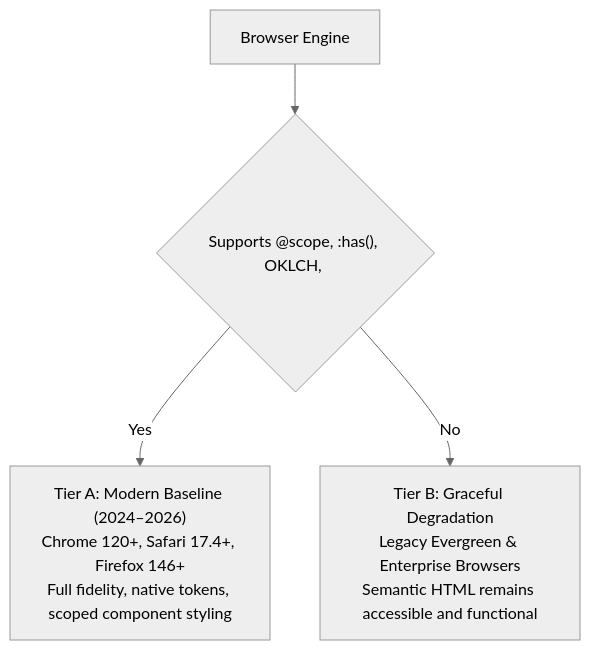
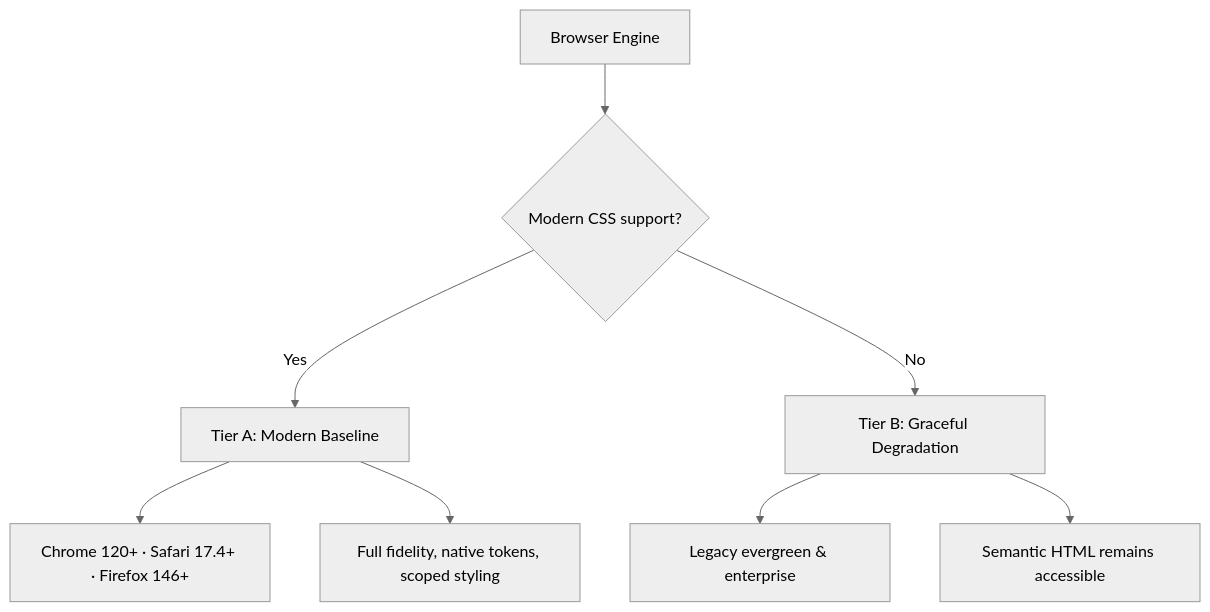
Before and after one commit to cawalch/porchlight: the first of 2 diagrams in docs/src/content/guides/upstream-integration.mdx, drawn with Mermaid (neutral theme). The commit also changed other lines of this file and 2 other files, not shown here.

Commit message:
docs: make lifecycle and architecture diagrams fit the reading column (#287)

````diff
--- a/docs/src/content/guides/upstream-integration.mdx
+++ b/docs/src/content/guides/upstream-integration.mdx
@@ -131,6 +131,10 @@
 ```mermaid
 flowchart TD
-  UserAgent["Browser Engine"] --> CheckA{"Supports @scope, :has(), OKLCH, <dialog>?"}
-  CheckA -- Yes --> TierA["Tier A: Modern Baseline (2024–2026)<br/>Chrome 120+, Safari 17.4+, Firefox 146+<br/>Full fidelity, native tokens, scoped component styling"]
-  CheckA -- No --> TierB["Tier B: Graceful Degradation<br/>Legacy Evergreen & Enterprise Browsers<br/>Semantic HTML remains accessible and functional"]
+  UserAgent["Browser Engine"] --> Check{"Modern CSS support?"}
+  Check -- Yes --> Modern["Tier A: Modern Baseline"]
+  Modern --> ModernBrowsers["Chrome 120+ · Safari 17.4+ · Firefox 146+"]
+  Modern --> ModernResult["Full fidelity, native tokens, scoped styling"]
+  Check -- No --> Legacy["Tier B: Graceful Degradation"]
+  Legacy --> LegacyBrowsers["Legacy evergreen & enterprise"]
+  Legacy --> LegacyResult["Semantic HTML remains accessible"]
 ```
````
